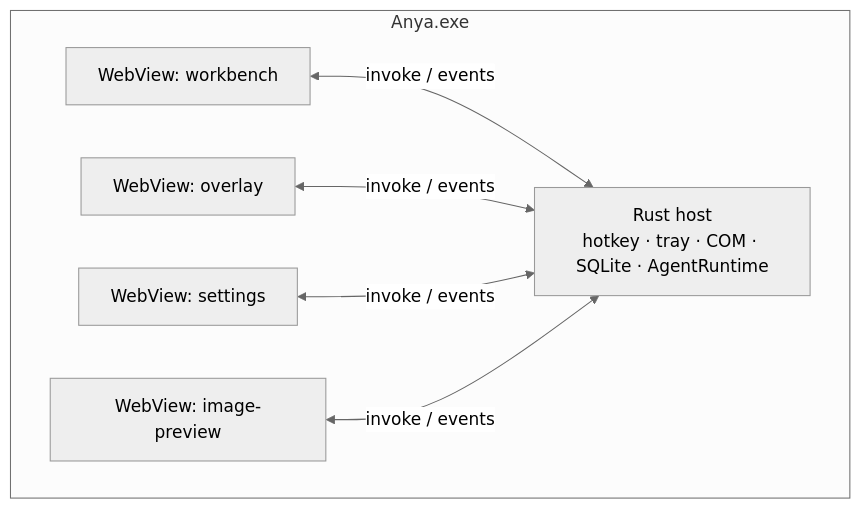
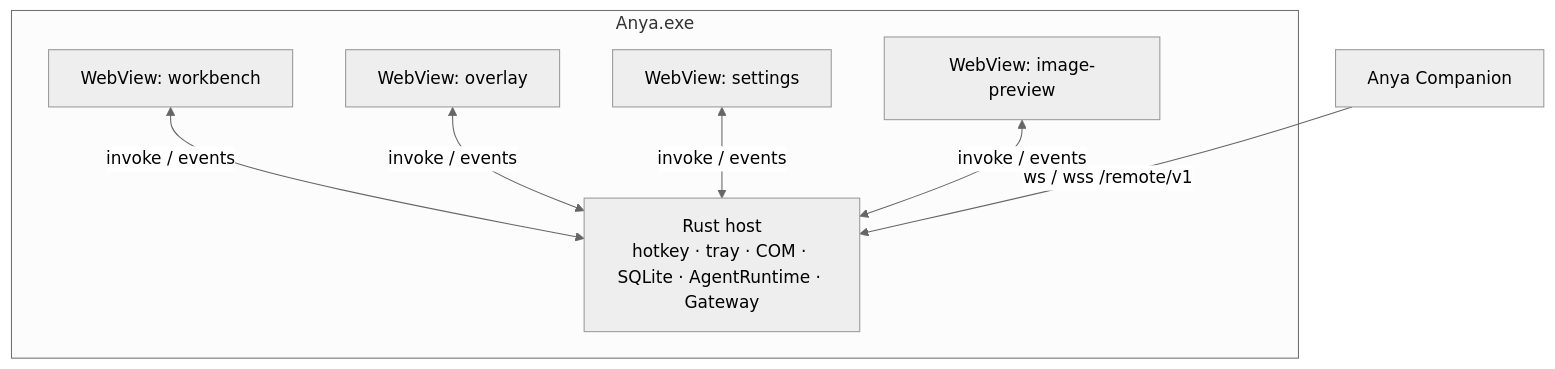
The third of 14 diagrams in docs/architecture-overview.md (rururunu/Anya), drawn with Mermaid (neutral theme) before and after one commit. The commit also changed other lines of this file and 71 other files, not shown here.

````diff
--- a/docs/architecture-overview.md
+++ b/docs/architecture-overview.md
@@ -157,15 +162,18 @@
 ```mermaid
 flowchart TB
   subgraph Process["Anya.exe"]
-    Rust["Rust host<br/>hotkey · tray · COM · SQLite · AgentRuntime"]
+    Rust["Rust host<br/>hotkey · tray · COM · SQLite · AgentRuntime · Gateway"]
     WV1["WebView: workbench"]
     WV2["WebView: overlay"]
     WV3["WebView: settings"]
     WV4["WebView: image-preview"]
   end
 
+  Phone[Anya Companion]
+
   WV1 <-->|invoke / events| Rust
   WV2 <-->|invoke / events| Rust
   WV3 <-->|invoke / events| Rust
   WV4 <-->|invoke / events| Rust
+  Phone -->|ws / wss /remote/v1| Rust
 ```
````
